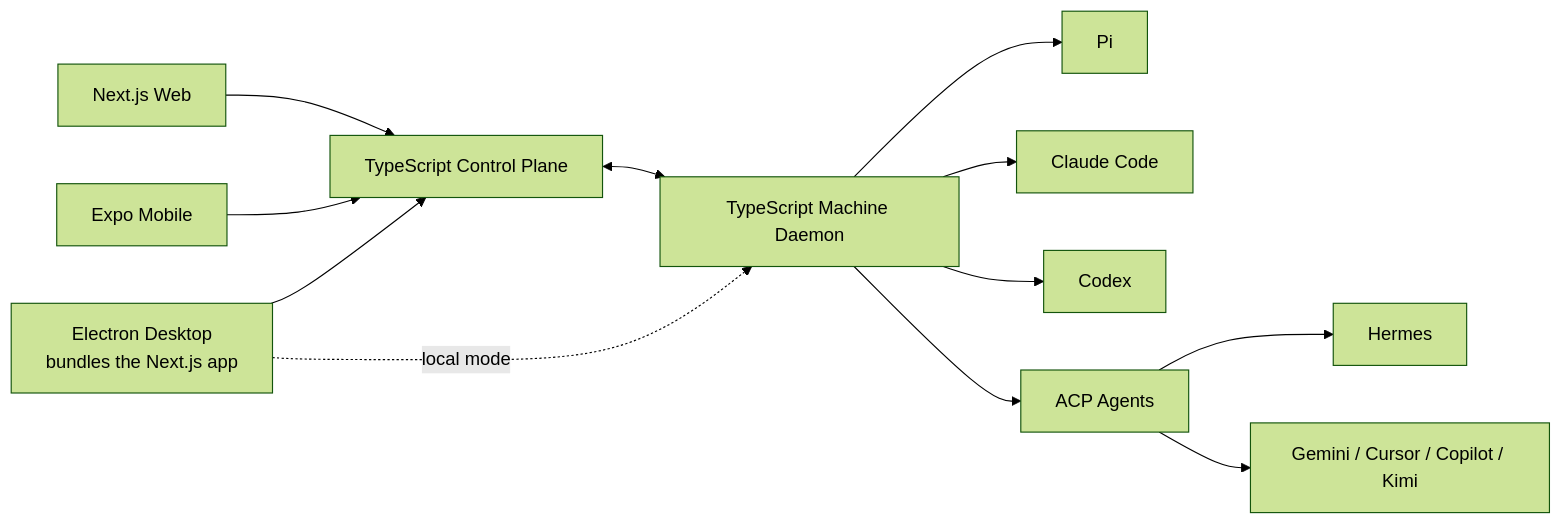
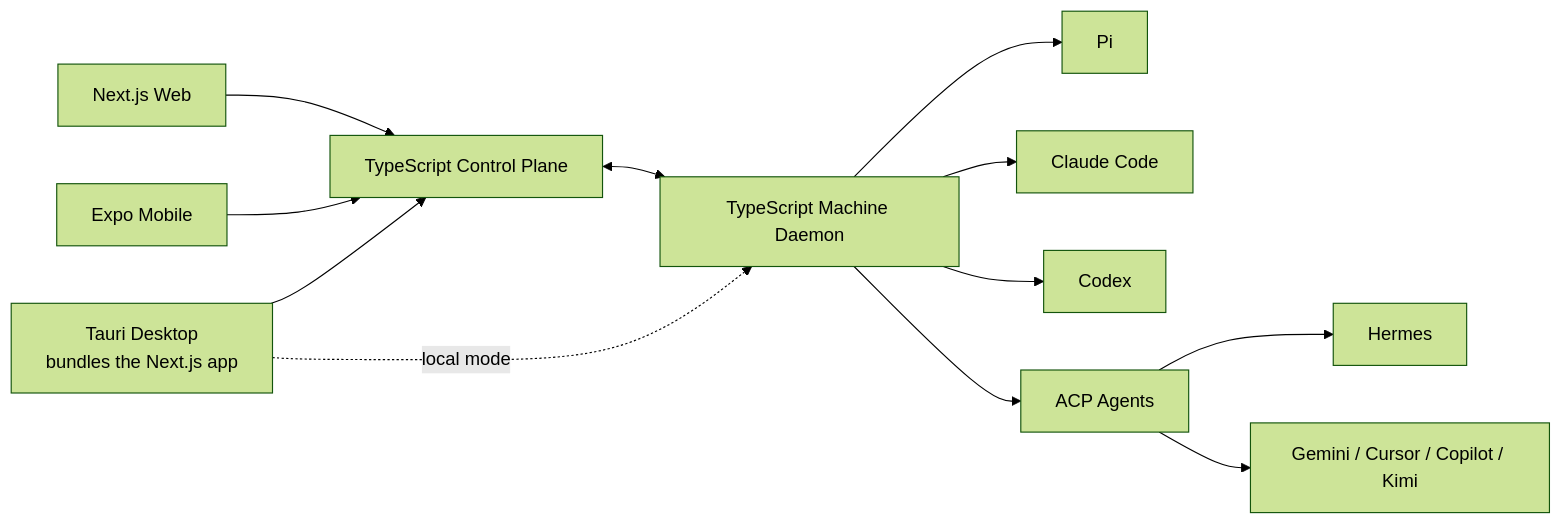
One commit to arjun-zosma/pi-cowork changed the diagram in README.md. Above: the diagram before and after it, drawn with Mermaid (forest theme). The commit also changed other lines of this file, not shown here.

First line of the commit message:
docs: switch desktop app description from Electron to Tauri

````diff
--- a/README.md
+++ b/README.md
@@ -53,14 +53,14 @@
 ```mermaid
 flowchart LR
     W[Next.js Web] --> B[TypeScript Control Plane]
     M[Expo Mobile] --> B
-    E[Electron Desktop<br/>bundles the Next.js app] --> B
+    E[Tauri Desktop<br/>bundles the Next.js app] --> B
     B <--> D[TypeScript Machine Daemon]
     E -. local mode .-> D
     D --> PI[Pi]
     D --> CC[Claude Code]
     D --> CX[Codex]
     D --> ACP[ACP Agents]
     ACP --> H[Hermes]
     ACP --> G[Gemini / Cursor / Copilot / Kimi]
 ```
````
